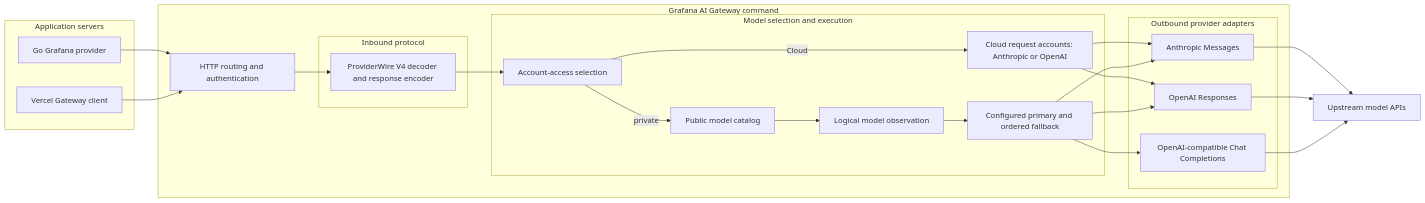
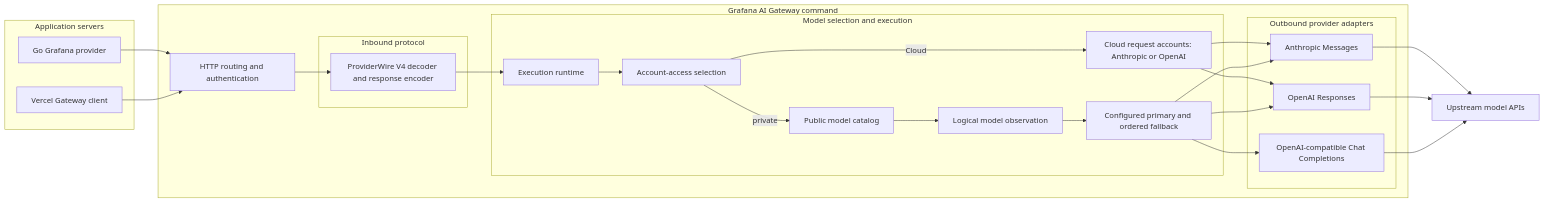
Before and after one commit to grafana/ai-sdk: the first of 3 diagrams in docs/concepts/gateway-architecture.md, drawn with Mermaid. The commit also changed other lines of this file and 18 other files, not shown here.

First line of the commit message:
refactor(ai-gateway): tighten the execution runtime after review

````diff
--- a/docs/concepts/gateway-architecture.md
+++ b/docs/concepts/gateway-architecture.md
@@ -29,37 +29,38 @@
 ```mermaid
 flowchart LR
   subgraph clients[Application servers]
     go[Go Grafana provider]
     ts[Vercel Gateway client]
   end
   subgraph gateway[Grafana AI Gateway command]
     host[HTTP routing and authentication]
     subgraph ingress[Inbound protocol]
       pw[ProviderWire V4 decoder and response encoder]
     end
     subgraph shared[Model selection and execution]
+      runtime[Execution runtime]
       select[Account-access selection]
       catalog[Public model catalog]
       byok[Cloud request accounts: Anthropic or OpenAI]
       logical[Logical model observation]
       routing[Configured primary and ordered fallback]
     end
     subgraph outbound[Outbound provider adapters]
       anthropic[Anthropic Messages]
       openai[OpenAI Responses]
       compatible[OpenAI-compatible Chat Completions]
     end
   end
   apis[Upstream model APIs]
   go --> host
   ts --> host
   host --> pw
-  pw --> select
+  pw --> runtime --> select
   select -->|private| catalog --> logical --> routing
   select -->|Cloud| byok
   byok --> anthropic
   byok --> openai
   routing --> anthropic --> apis
   routing --> openai --> apis
   routing --> compatible --> apis
 ```
````
